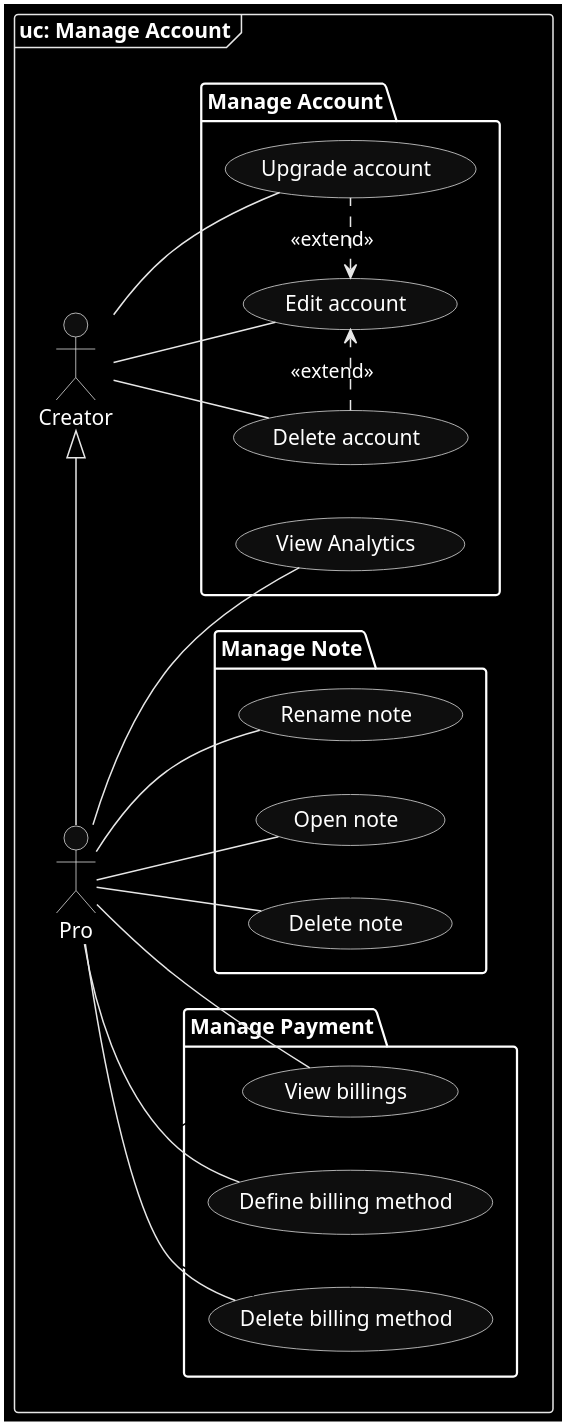
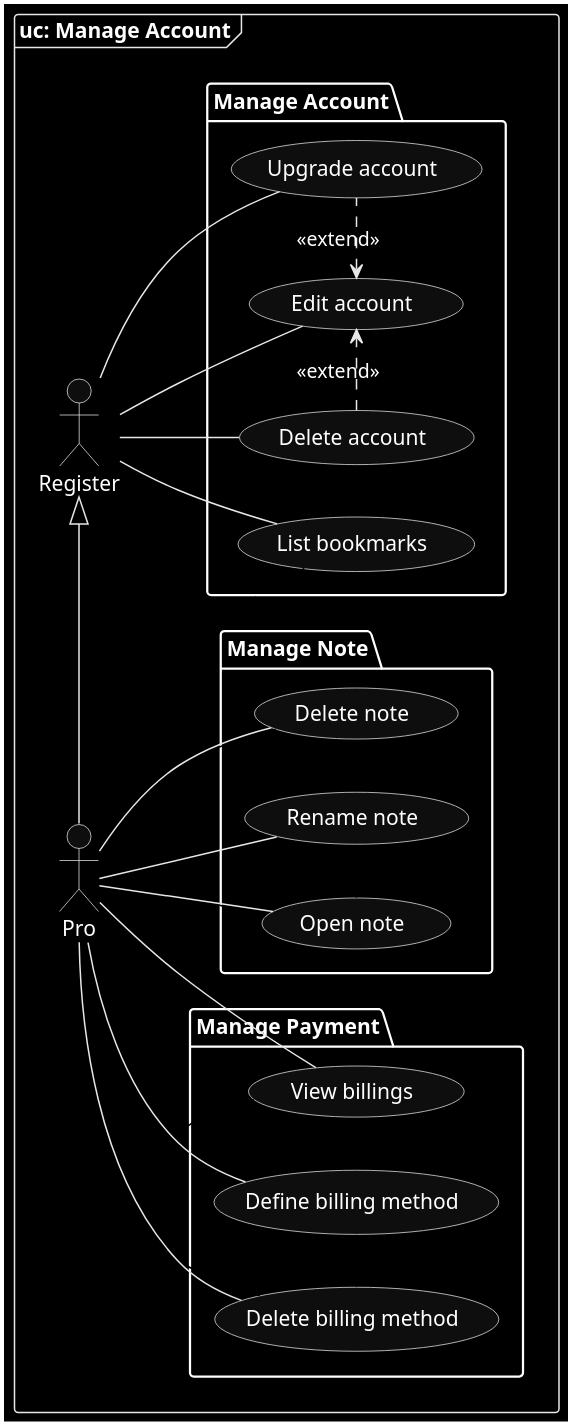
The diagram in models/1.UseCase/account/1.UseCase.puml (SSMM0498/arkad-conception), drawn with PlantUML before and after one commit. The commit also changed 7 other files, not shown here.

Commit message:
🌟 update use case diagram

```diff
--- a/models/1.UseCase/account/1.UseCase.puml
+++ b/models/1.UseCase/account/1.UseCase.puml
@@ -1,43 +1,44 @@
 @startuml UseCase
 left to right direction
 skinparam shadowing false
 skinparam monochrome reverse
 
 frame "uc: Manage Account" {
-    actor Creator
+    actor Register
     actor Pro
 
-    Creator <|-left- Pro
+    Register <|-left- Pro
 
     package "Manage Account" {
-        (View Analytics)
+        (List bookmarks)
         (Edit account) <.right. (Upgrade account) : <<extend>>
         (Edit account) <.left. (Delete account) : <<extend>>
     }
 
     package "Manage Payment" {
         (Define billing method) -left- (Delete billing method) #line:white
         (Delete billing method) -left- (View billings) #line:white
     }
 
     package "Manage Note" {
         (Open note) -left- (Delete note) #line:white
         (Open note) -left- (Rename note) #line:white
     }
 
-    :Creator: -down- (Edit account)
-    :Creator: -down- (Delete account)
-    :Creator: -down- (Upgrade account)
+    :Register: -down- (Edit account)
+    :Register: -down- (Delete account)
+    :Register: -down- (Upgrade account)
+    :Register: -down- (List bookmarks)
 
-    :Pro: -down- (View Analytics)
+    :Pro: .down. (List bookmarks) #line:white
 
     :Pro: -down- (Open note)
     :Pro: -down- (Delete note)
     :Pro: -down- (Rename note)
 
     :Pro: -down- (Define billing method)
     :Pro: -down- (Delete billing method)
     :Pro: -down- (View billings)
 }
 
 @enduml
```
